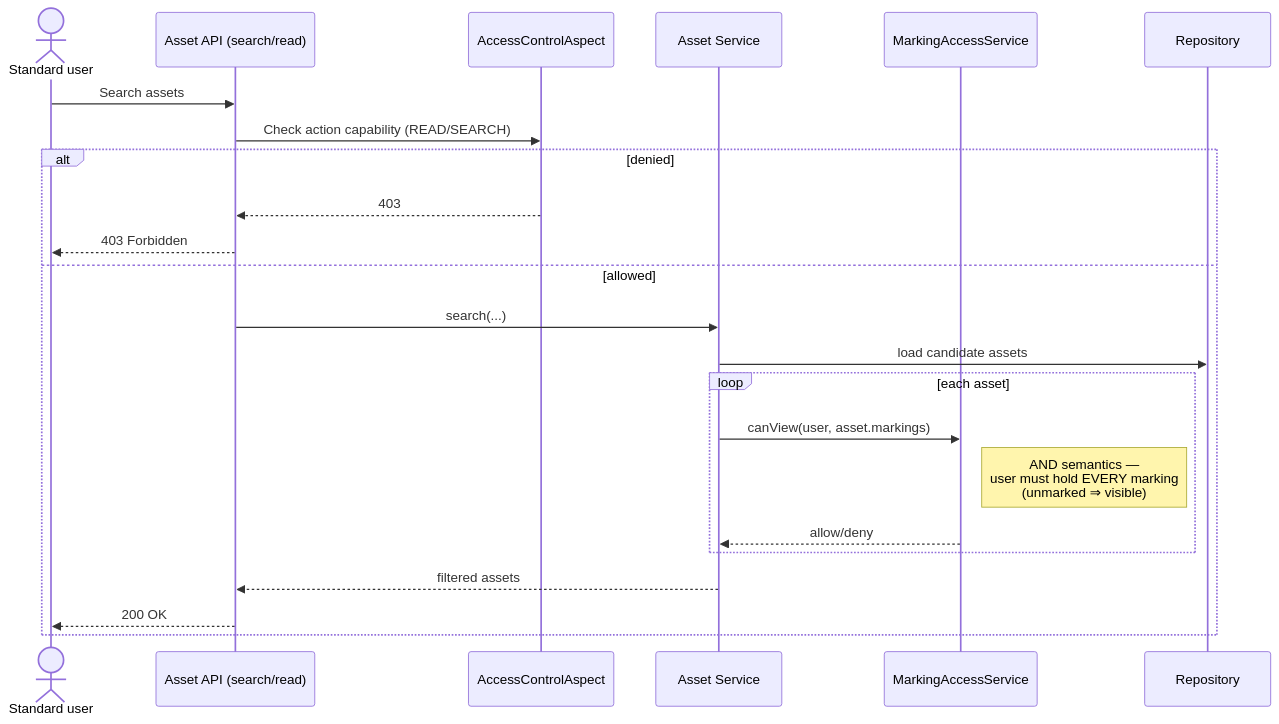
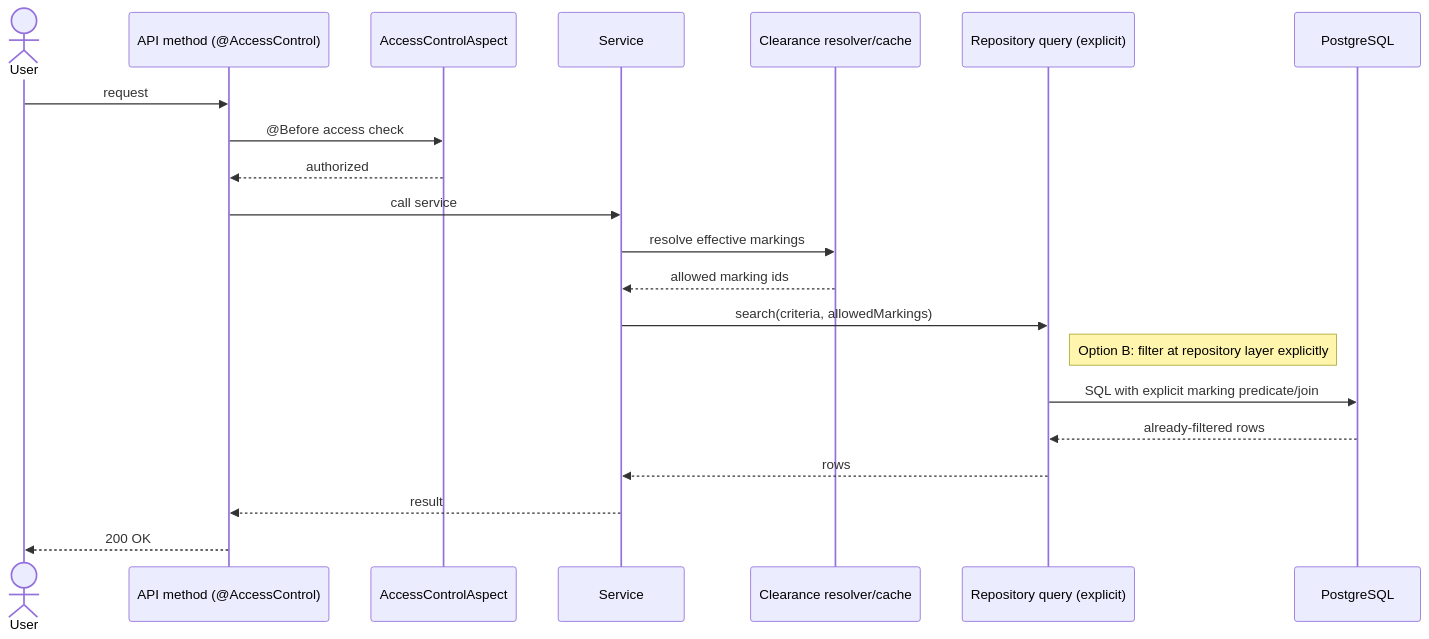
The fourth of 5 diagrams in brainstorming/marking/tech-design.md (OpenAEV-Platform/openaev), drawn with Mermaid before and after one commit. The commit also changed other lines of this file and 1 other file, not shown here.

````diff
--- a/brainstorming/marking/tech-design.md
+++ b/brainstorming/marking/tech-design.md
@@ -155,26 +221,24 @@
-     ```mermaid
-     sequenceDiagram
-         actor U as Standard user
-         participant API as Asset API (search/read)
-         participant AOP as AccessControlAspect
-         participant SVC as Asset Service
-         participant MAS as MarkingAccessService
-         participant DB as Repository
+   ```mermaid
+   sequenceDiagram
+      actor U as User
+      participant API as API method (@AccessControl)
+      participant RBAC as AccessControlAspect
+      participant SVC as Service
+      participant CLR as Clearance resolver/cache
+      participant REPO as Repository query (explicit)
+      participant DB as PostgreSQL
 
-         U->>API: Search assets
-         API->>AOP: Check action capability (READ/SEARCH)
-         alt denied
-             AOP-->>API: 403
-             API-->>U: 403 Forbidden
-         else allowed
-             API->>SVC: search(...)
-             SVC->>DB: load candidate assets
-             loop each asset
-                 SVC->>MAS: canView(user, asset.markings)
-                 Note right of MAS: AND semantics —<br/>user must hold EVERY marking<br/>(unmarked ⇒ visible)
-                 MAS-->>SVC: allow/deny
-             end
-             SVC-->>API: filtered assets
-             API-->>U: 200 OK
-         end
-     ```
+      U->>API: request
+      API->>RBAC: @Before access check
+      RBAC-->>API: authorized
+      API->>SVC: call service
+      SVC->>CLR: resolve effective markings
+      CLR-->>SVC: allowed marking ids
+      SVC->>REPO: search(criteria, allowedMarkings)
+      Note right of REPO: Option B: filter at repository layer explicitly
+      REPO->>DB: SQL with explicit marking predicate/join
+      DB-->>REPO: already-filtered rows
+      REPO-->>SVC: rows
+      SVC-->>API: result
+      API-->>U: 200 OK
+   ```
````
